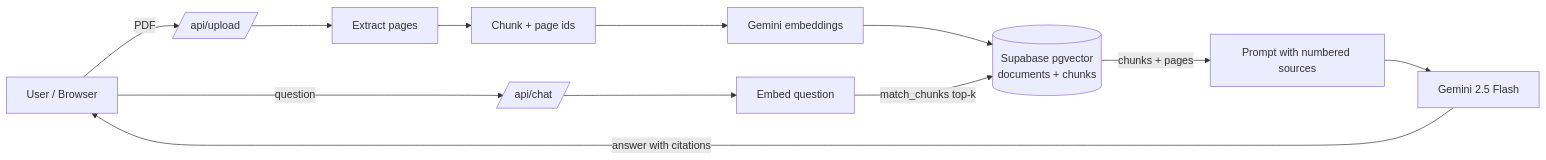
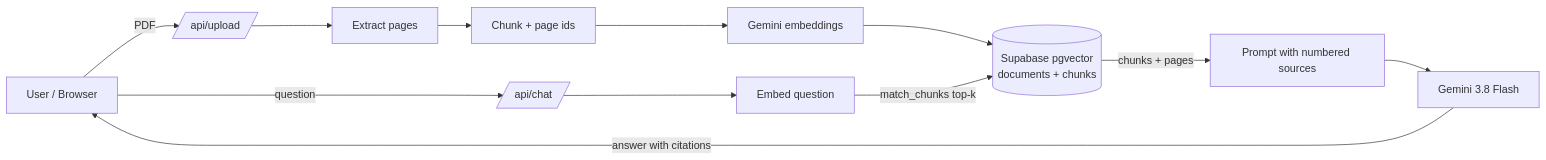
Before and after one commit to drin-tech-tools/rag-doc-chatbot: the diagram in README.md, drawn with Mermaid. The commit also changed other lines of this file and 2 other files, not shown here.

First line of the commit message:
Update default chat model to gemini-3.8-flash

````diff
--- a/README.md
+++ b/README.md
@@ -16,13 +18,13 @@
 ```mermaid
 flowchart LR
   U[User / Browser] -->|PDF| UP[/api/upload/]
   UP --> P[Extract pages] --> C[Chunk + page ids]
   C --> E1[Gemini embeddings]
   E1 --> DB[(Supabase pgvector<br/>documents + chunks)]
   U -->|question| CH[/api/chat/]
   CH --> E2[Embed question]
   E2 -->|match_chunks top-k| DB
   DB -->|chunks + pages| PR[Prompt with numbered sources]
-  PR --> G[Gemini 2.5 Flash]
+  PR --> G[Gemini 3.8 Flash]
   G -->|answer with citations| U
 ```
````
